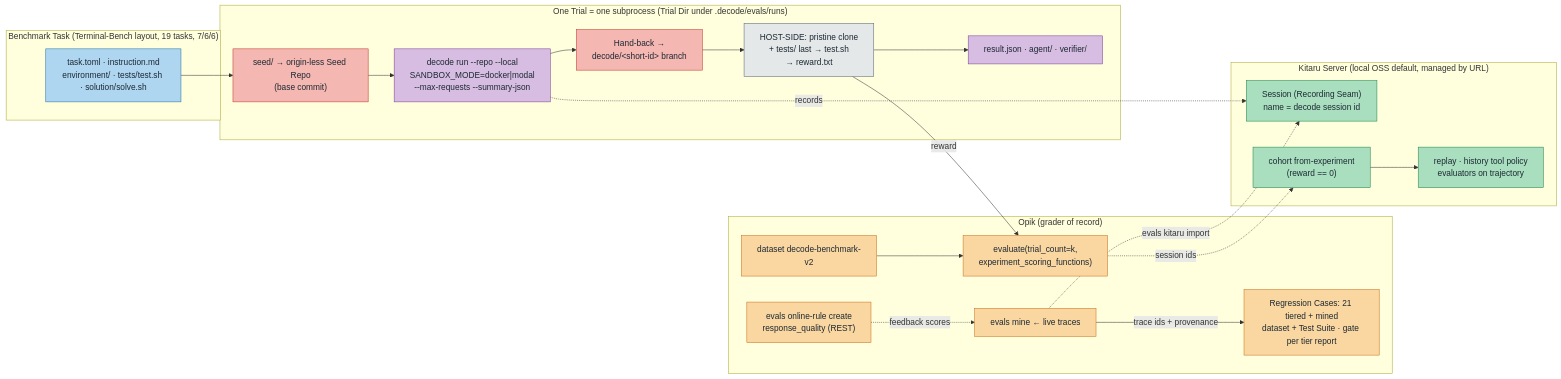
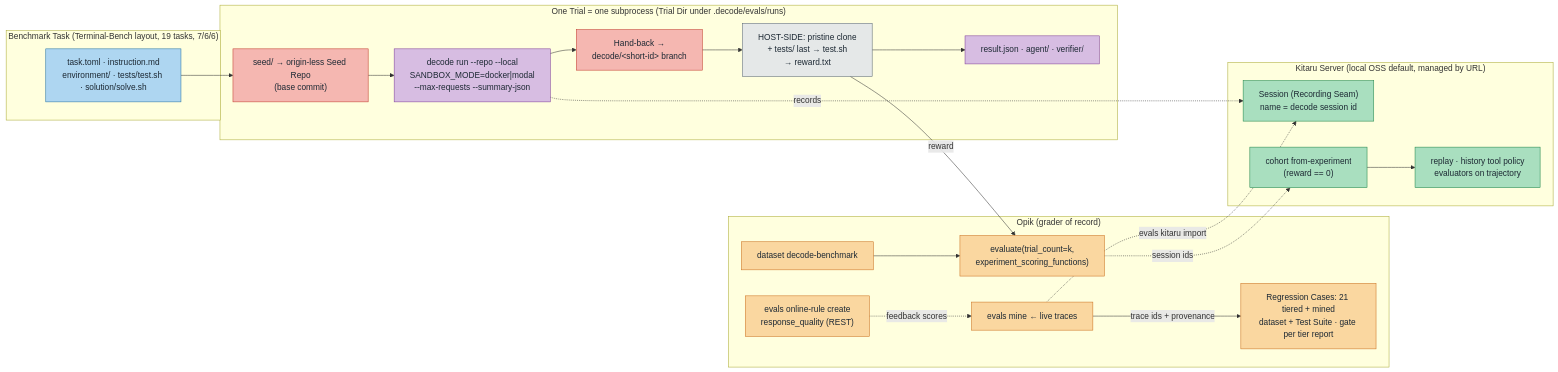
The diagram in docs/adr/0022-evals-v2-own-harbor-on-opik.md (decodingai-magazine/building-a-coding-agent-from-scratch-course), drawn with Mermaid before and after one commit. The commit also changed other lines of this file and 12 other files, not shown here.

````diff
--- a/docs/adr/0022-evals-v2-own-harbor-on-opik.md
+++ b/docs/adr/0022-evals-v2-own-harbor-on-opik.md
@@ -197,39 +197,39 @@
 ```mermaid
 flowchart LR
     subgraph tasks["Benchmark Task (Terminal-Bench layout, 19 tasks, 7/6/6)"]
         T["task.toml · instruction.md<br/>environment/ · tests/test.sh · solution/solve.sh"]:::bench
     end
     subgraph trial["One Trial = one subprocess (Trial Dir under .decode/evals/runs)"]
         SEED["seed/ → origin-less Seed Repo<br/>(base commit)"]:::sbx
         RUN["decode run --repo --local<br/>SANDBOX_MODE=docker|modal<br/>--max-requests --summary-json"]:::infra
         HB["Hand-back →<br/>decode/&lt;short-id&gt; branch"]:::sbx
         VER["HOST-SIDE: pristine clone<br/>+ tests/ last → test.sh<br/>→ reward.txt"]:::gate
         DIR["result.json · agent/ · verifier/"]:::infra
     end
     subgraph opik["Opik (grader of record)"]
-        DS["dataset decode-benchmark-v2"]:::opik
+        DS["dataset decode-benchmark"]:::opik
         EV["evaluate(trial_count=k,<br/>experiment_scoring_functions)"]:::opik
         REG["Regression Cases: 21 tiered + mined<br/>dataset + Test Suite · gate per tier report"]:::opik
         MINE["evals mine ← live traces"]:::opik
         RULE["evals online-rule create<br/>response_quality (REST)"]:::opik
     end
     subgraph kitaru["Kitaru Server (local OSS default, managed by URL)"]
         SES["Session (Recording Seam)<br/>name = decode session id"]:::kit
         COH["cohort from-experiment<br/>(reward == 0)"]:::kit
         REP["replay · history tool policy<br/>evaluators on trajectory"]:::kit
     end
     T --> SEED --> RUN --> HB --> VER --> DIR
     DS --> EV
     VER -->|reward| EV
     RUN -.->|records| SES
     EV -.->|session ids| COH --> REP
     MINE -->|trace ids + provenance| REG
     MINE -.->|evals kitaru import| SES
     RULE -.->|feedback scores| MINE
     classDef bench fill:#aed6f1,stroke:#2471a3,color:#1c2833
     classDef infra fill:#d7bde2,stroke:#7d3c98,color:#1c2833
     classDef sbx fill:#f5b7b1,stroke:#c0392b,color:#1c2833
     classDef gate fill:#e5e8e8,stroke:#566573,color:#1c2833
     classDef opik fill:#fad7a0,stroke:#ca6f1e,color:#1c2833
     classDef kit fill:#a9dfbf,stroke:#1e8449,color:#1c2833
 ```
````
